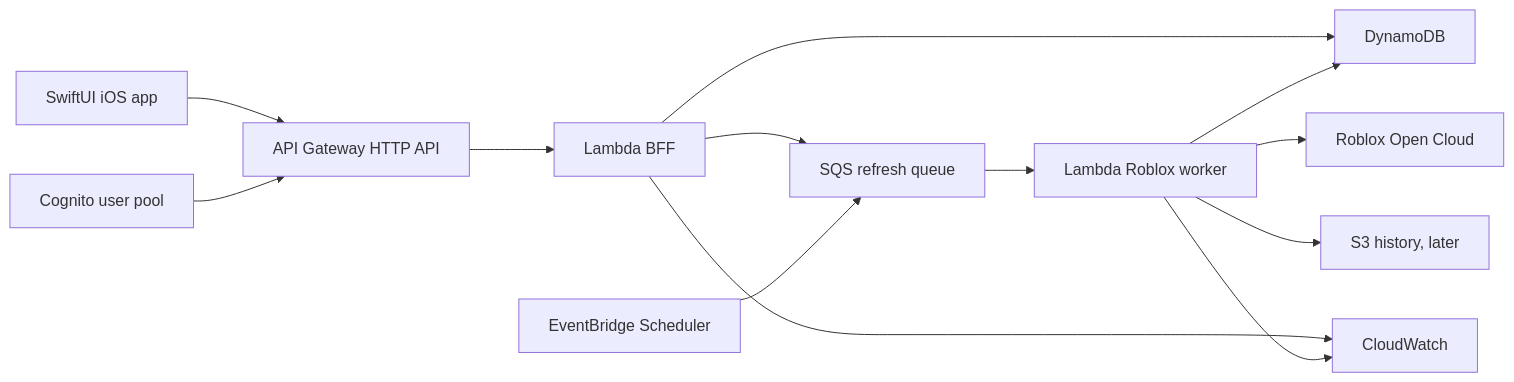
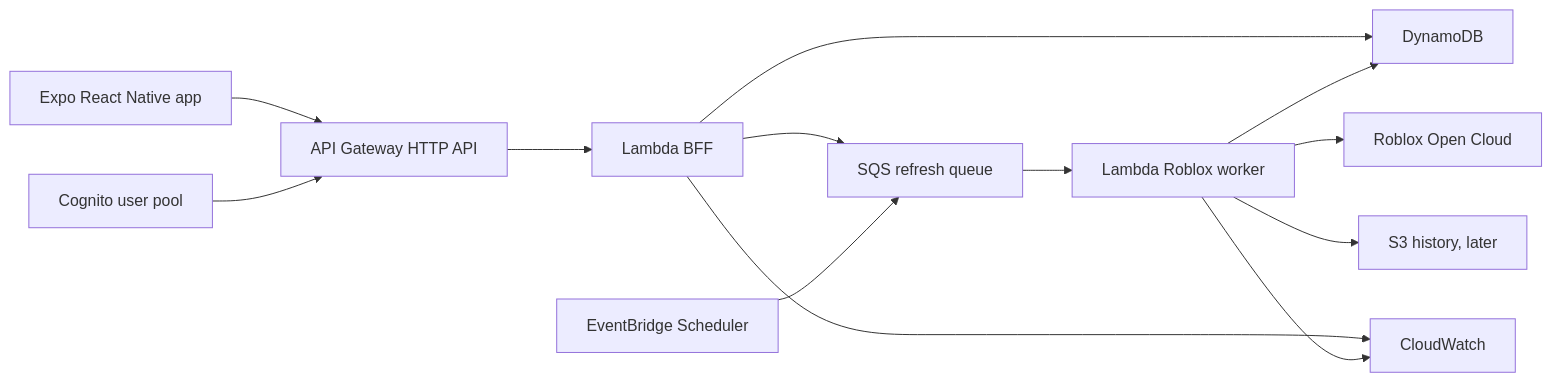
The diagram in docs/AWS_BACKEND_LEARNING_AND_SCALING_GUIDE.md (Fkhattak819/roblox-analytics-mobile), drawn with Mermaid before and after one commit. The commit also changed other lines of this file and 6 other files, not shown here.

````diff
--- a/docs/AWS_BACKEND_LEARNING_AND_SCALING_GUIDE.md
+++ b/docs/AWS_BACKEND_LEARNING_AND_SCALING_GUIDE.md
@@ -106,15 +139,15 @@
 ```mermaid
 flowchart LR
-    App["SwiftUI iOS app"] --> API["API Gateway HTTP API"]
+    App["Expo React Native app"] --> API["API Gateway HTTP API"]
     Auth["Cognito user pool"] --> API
     API --> BFF["Lambda BFF"]
     BFF --> DB["DynamoDB"]
     BFF --> Queue["SQS refresh queue"]
     Schedule["EventBridge Scheduler"] --> Queue
     Queue --> Worker["Lambda Roblox worker"]
     Worker --> Roblox["Roblox Open Cloud"]
     Worker --> DB
     Worker --> Archive["S3 history, later"]
     BFF --> Logs["CloudWatch"]
     Worker --> Logs
 ```
````
